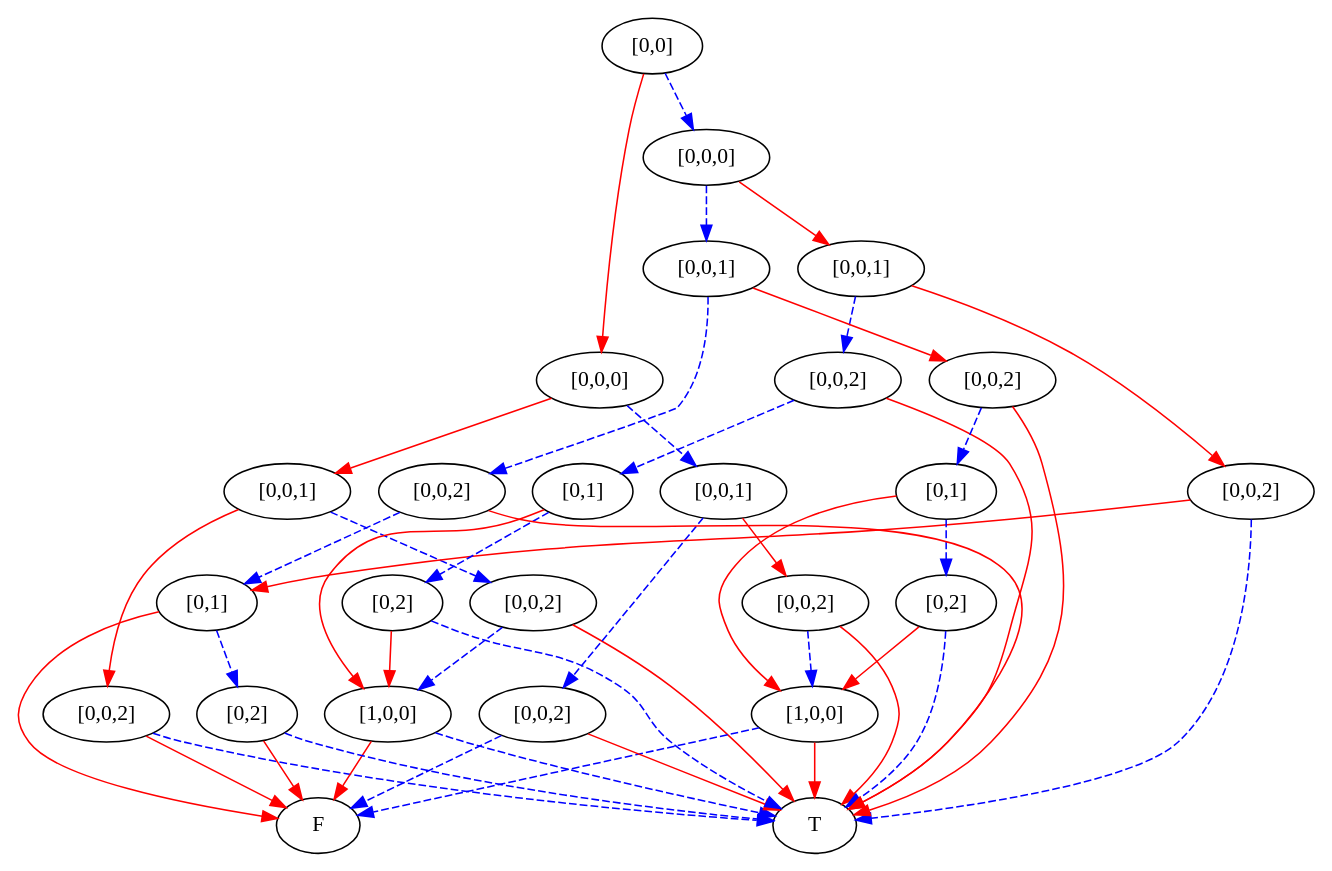
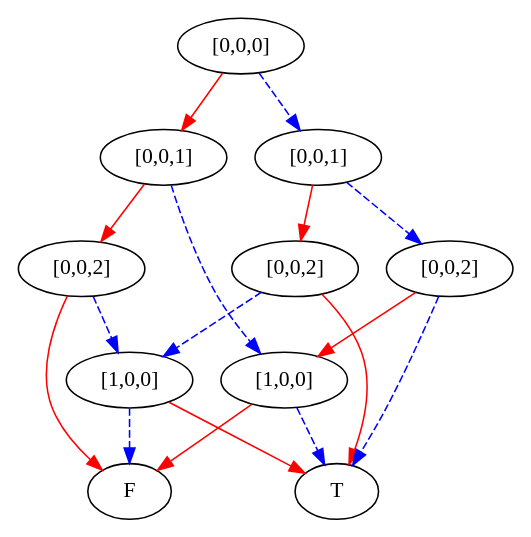
One commit to mburyakov/minxmod changed the diagram in simpleProgram1states.dot. Above: the diagram before and after it, drawn with Graphviz. The commit also changed 4 other files, not shown here.

```diff
--- a/simpleProgram1states.dot
+++ b/simpleProgram1states.dot
@@ -1,96 +1,36 @@
 digraph {
     1 [label=F];
     2 [label=T];
-    3 [label="[0,0,2]"];
-    4 [label="[1,0,0]"];
-    5 [label="[0,0,2]"];
+    3 [label="[1,0,0]"];
+    4 [label="[0,0,2]"];
+    5 [label="[1,0,0]"];
     6 [label="[0,0,1]"];
-    7 [label="[1,0,0]"];
+    7 [label="[0,0,2]"];
     8 [label="[0,0,2]"];
-    9 [label="[0,0,2]"];
-    10 [label="[0,0,1]"];
-    11 [label="[0,0,0]"];
-    12 [label="[0,2]"];
-    13 [label="[0,1]"];
-    14 [label="[0,0,2]"];
-    15 [label="[0,2]"];
-    16 [label="[0,1]"];
-    17 [label="[0,0,2]"];
-    18 [label="[0,0,1]"];
-    19 [label="[0,2]"];
-    20 [label="[0,1]"];
-    21 [label="[0,0,2]"];
-    22 [label="[0,0,2]"];
-    23 [label="[0,0,1]"];
-    24 [label="[0,0,0]"];
-    25 [label="[0,0]"];
-    3 -> 2 [style=dashed
+    9 [label="[0,0,1]"];
+    10 [label="[0,0,0]"];
+    3 -> 1 [style=dashed
            ,color=blue];
-    3 -> 1 [color=red];
-    4 -> 2 [style=dashed
+    3 -> 2 [color=red];
+    4 -> 3 [style=dashed
            ,color=blue];
     4 -> 1 [color=red];
-    5 -> 4 [style=dashed
+    5 -> 2 [style=dashed
            ,color=blue];
-    5 -> 2 [color=red];
-    6 -> 3 [color=red];
+    5 -> 1 [color=red];
+    6 -> 4 [color=red];
     6 -> 5 [style=dashed
            ,color=blue];
-    7 -> 1 [style=dashed
+    7 -> 3 [style=dashed
            ,color=blue];
     7 -> 2 [color=red];
-    8 -> 7 [style=dashed
+    8 -> 5 [color=red];
+    8 -> 2 [style=dashed
            ,color=blue];
-    8 -> 2 [color=red];
-    9 -> 1 [style=dashed
+    9 -> 7 [color=red];
+    9 -> 8 [style=dashed
            ,color=blue];
-    9 -> 2 [color=red];
-    10 -> 8 [color=red];
+    10 -> 6 [color=red];
     10 -> 9 [style=dashed
             ,color=blue];
-    11 -> 6 [color=red];
-    11 -> 10 [style=dashed
-             ,color=blue];
-    12 -> 2 [style=dashed
-            ,color=blue];
-    12 -> 1 [color=red];
-    13 -> 12 [style=dashed
-             ,color=blue];
-    13 -> 1 [color=red];
-    14 -> 13 [color=red];
-    14 -> 2 [style=dashed
-            ,color=blue];
-    15 -> 4 [color=red];
-    15 -> 2 [style=dashed
-            ,color=blue];
-    16 -> 4 [color=red];
-    16 -> 15 [style=dashed
-             ,color=blue];
-    17 -> 16 [style=dashed
-             ,color=blue];
-    17 -> 2 [color=red];
-    18 -> 14 [color=red];
-    18 -> 17 [style=dashed
-             ,color=blue];
-    19 -> 7 [color=red];
-    19 -> 2 [style=dashed
-            ,color=blue];
-    20 -> 7 [color=red];
-    20 -> 19 [style=dashed
-             ,color=blue];
-    21 -> 20 [style=dashed
-             ,color=blue];
-    21 -> 2 [color=red];
-    22 -> 13 [style=dashed
-             ,color=blue];
-    22 -> 2 [color=red];
-    23 -> 21 [color=red];
-    23 -> 22 [style=dashed
-             ,color=blue];
-    24 -> 18 [color=red];
-    24 -> 23 [style=dashed
-             ,color=blue];
-    25 -> 11 [color=red];
-    25 -> 24 [style=dashed
-             ,color=blue];
 }
```
